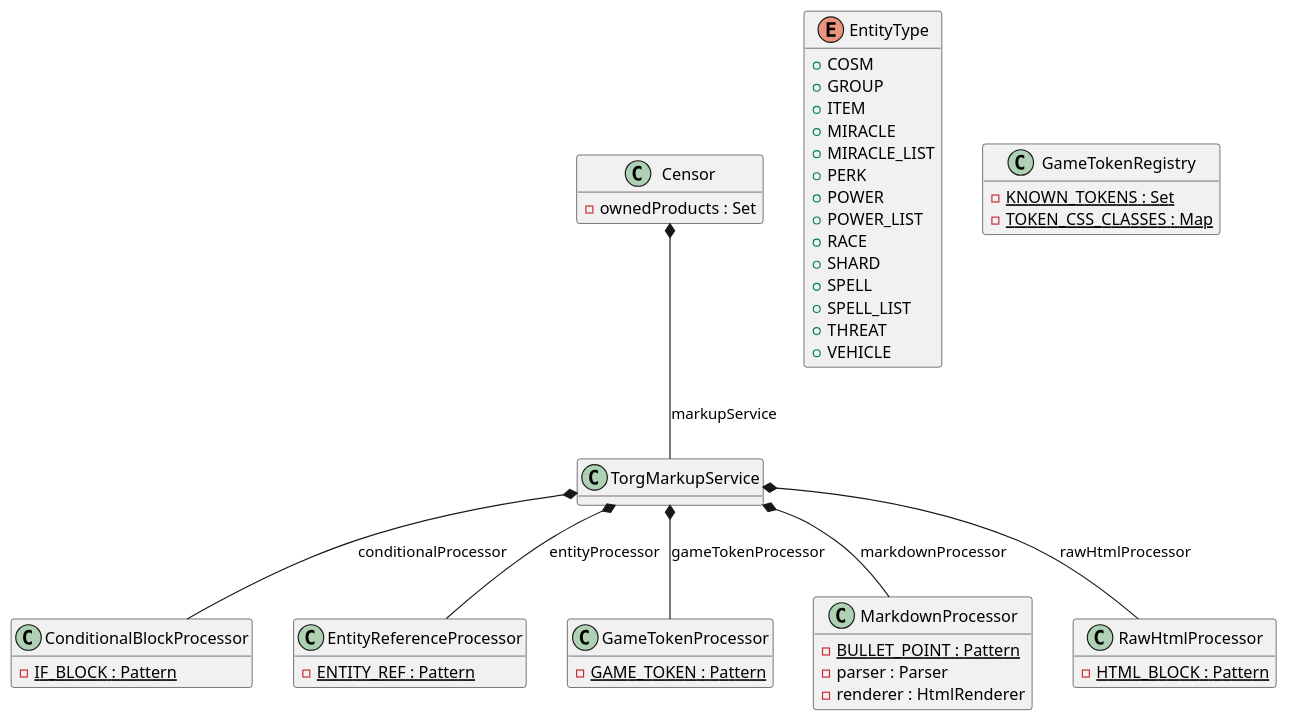
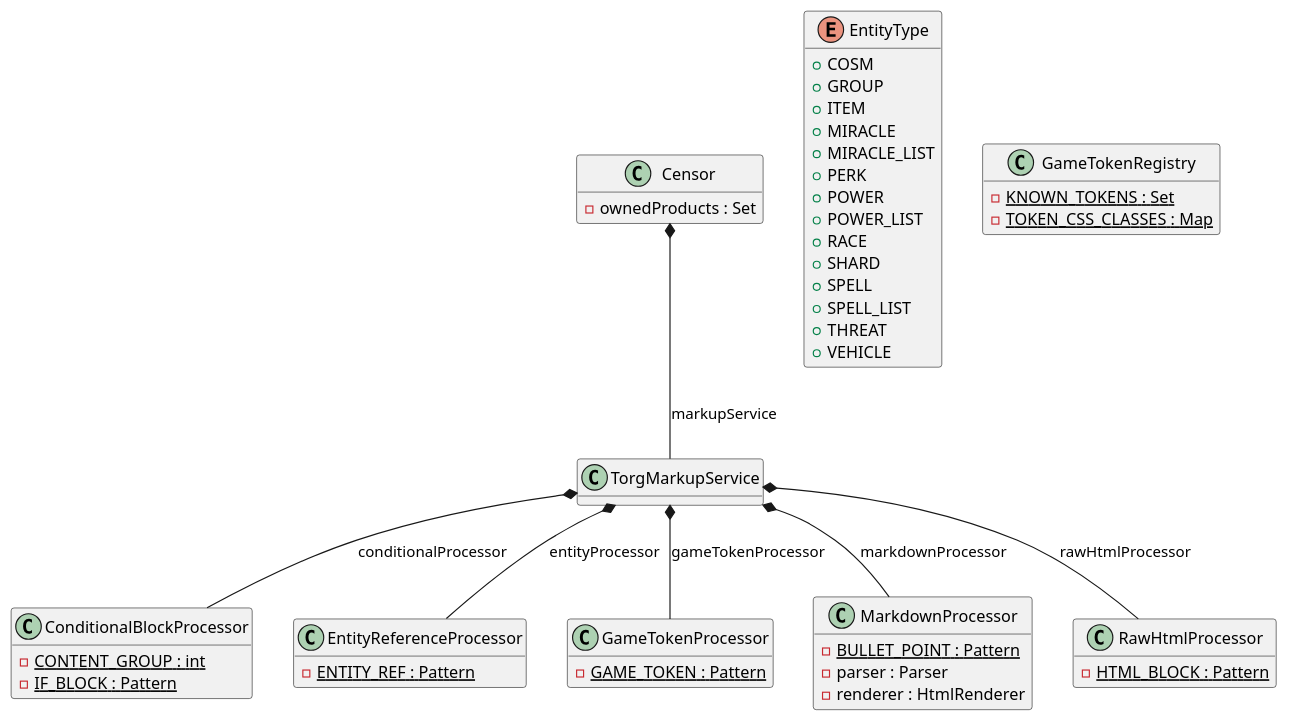
One commit to Paladins-Inn/torg-codex changed the diagram in docs/modules/arc42/images/uml/classes/markdown-generator.puml. Above: the diagram before and after it, drawn with PlantUML. The commit also changed 58 other files, not shown here.

```diff
--- a/docs/modules/arc42/images/uml/classes/markdown-generator.puml
+++ b/docs/modules/arc42/images/uml/classes/markdown-generator.puml
@@ -1,85 +1,86 @@
 @startuml
 
 class Censor {
 	{field} -ownedProducts : Set
 	{method} +apply ( rawText : String ) : String
 	{method}  {static} +of ( markupService : TorgMarkupService , ownedProducts : Set ) : Censor
 	{method}  {static} +unauthenticated ( markupService : TorgMarkupService ) : Censor
 }
 
 
 class ConditionalBlockProcessor {
+	{field} {static} -CONTENT_GROUP : int
 	{field} {static} -IF_BLOCK : Pattern
 	{method} +process ( text : String , ownedProducts : Set ) : String
 }
 
 
 class EntityReferenceProcessor {
 	{field} {static} -ENTITY_REF : Pattern
 	{method} +process ( text : String ) : String
 }
 
 
 enum EntityType {
 	{field} +COSM
 	{field} +GROUP
 	{field} +ITEM
 	{field} +MIRACLE
 	{field} +MIRACLE_LIST
 	{field} +PERK
 	{field} +POWER
 	{field} +POWER_LIST
 	{field} +RACE
 	{field} +SHARD
 	{field} +SPELL
 	{field} +SPELL_LIST
 	{field} +THREAT
 	{field} +VEHICLE
 }
 
 
 class GameTokenProcessor {
 	{field} {static} -GAME_TOKEN : Pattern
 	{method} +process ( text : String ) : String
 }
 
 
 class GameTokenRegistry {
 	{field} {static} -KNOWN_TOKENS : Set
 	{field} {static} -TOKEN_CSS_CLASSES : Map
 	{method}  {static} +cssClassFor ( tokenName : String ) : String
 	{method}  {static} +isKnown ( tokenName : String ) : boolean
 }
 
 
 class MarkdownProcessor {
 	{field} {static} -BULLET_POINT : Pattern
 	{field} -parser : Parser
 	{field} -renderer : HtmlRenderer
 	{method} +process ( text : String ) : String
 }
 
 
 class RawHtmlProcessor {
 	{field} {static} -HTML_BLOCK : Pattern
 	{method} +process ( text : String ) : String
 }
 
 
 class TorgMarkupService {
 	{method} +render ( rawText : String , ownedProducts : Set ) : String
 }
 
 
 
 
 Censor *--  TorgMarkupService : markupService
 TorgMarkupService *--  ConditionalBlockProcessor : conditionalProcessor
 TorgMarkupService *--  EntityReferenceProcessor : entityProcessor
 TorgMarkupService *--  GameTokenProcessor : gameTokenProcessor
 TorgMarkupService *--  MarkdownProcessor : markdownProcessor
 TorgMarkupService *--  RawHtmlProcessor : rawHtmlProcessor
 
 hide methods
 
 @enduml
```
